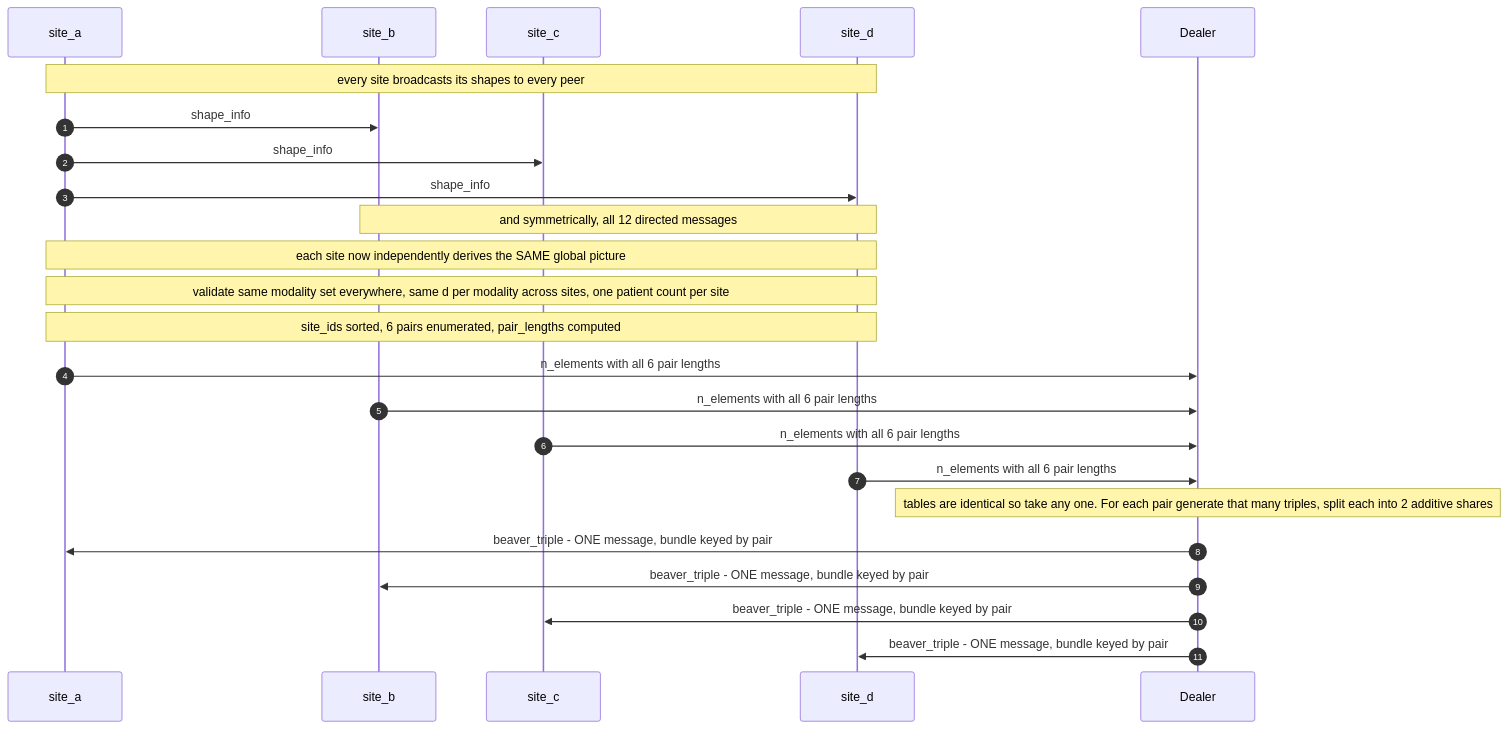
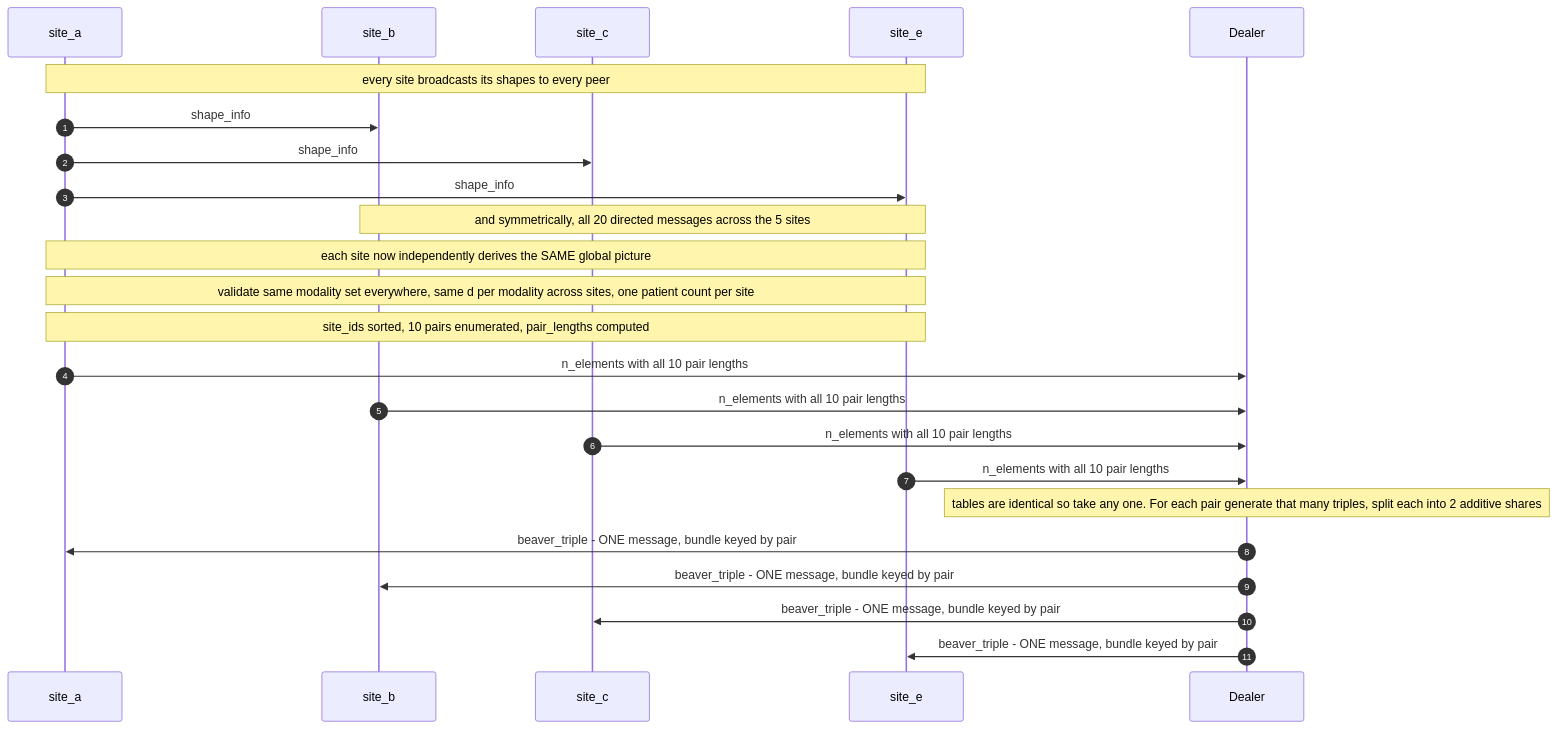
The third of 7 diagrams in secureDotProduct/MULTICOHORT_RBF_FLOW.md (PrivateAIM/secure-dot-product), drawn with Mermaid before and after one commit. The commit also changed other lines of this file and 1 other file, not shown here.

Commit message:
fix: Requirement for same number of samples at cohort during testing in multicohort setting removed

````diff
--- a/secureDotProduct/MULTICOHORT_RBF_FLOW.md
+++ b/secureDotProduct/MULTICOHORT_RBF_FLOW.md
@@ -99,30 +111,30 @@
 ```mermaid
 sequenceDiagram
     autonumber
     participant A as site_a
     participant B as site_b
     participant C as site_c
-    participant D as site_d
+    participant E as site_e
     participant P as Dealer
 
-    Note over A,D: every site broadcasts its shapes to every peer
+    Note over A,E: every site broadcasts its shapes to every peer
     A->>B: shape_info
     A->>C: shape_info
-    A->>D: shape_info
-    Note over B,D: and symmetrically, all 12 directed messages
+    A->>E: shape_info
+    Note over B,E: and symmetrically, all 20 directed messages across the 5 sites
 
-    Note over A,D: each site now independently derives the SAME global picture
-    Note over A,D: validate same modality set everywhere, same d per modality across sites, one patient count per site
-    Note over A,D: site_ids sorted, 6 pairs enumerated, pair_lengths computed
+    Note over A,E: each site now independently derives the SAME global picture
+    Note over A,E: validate same modality set everywhere, same d per modality across sites, one patient count per site
+    Note over A,E: site_ids sorted, 10 pairs enumerated, pair_lengths computed
 
-    A->>P: n_elements with all 6 pair lengths
-    B->>P: n_elements with all 6 pair lengths
-    C->>P: n_elements with all 6 pair lengths
-    D->>P: n_elements with all 6 pair lengths
+    A->>P: n_elements with all 10 pair lengths
+    B->>P: n_elements with all 10 pair lengths
+    C->>P: n_elements with all 10 pair lengths
+    E->>P: n_elements with all 10 pair lengths
 
     Note over P: tables are identical so take any one. For each pair generate that many triples, split each into 2 additive shares
     P->>A: beaver_triple - ONE message, bundle keyed by pair
     P->>B: beaver_triple - ONE message, bundle keyed by pair
     P->>C: beaver_triple - ONE message, bundle keyed by pair
-    P->>D: beaver_triple - ONE message, bundle keyed by pair
+    P->>E: beaver_triple - ONE message, bundle keyed by pair
 ```
````
